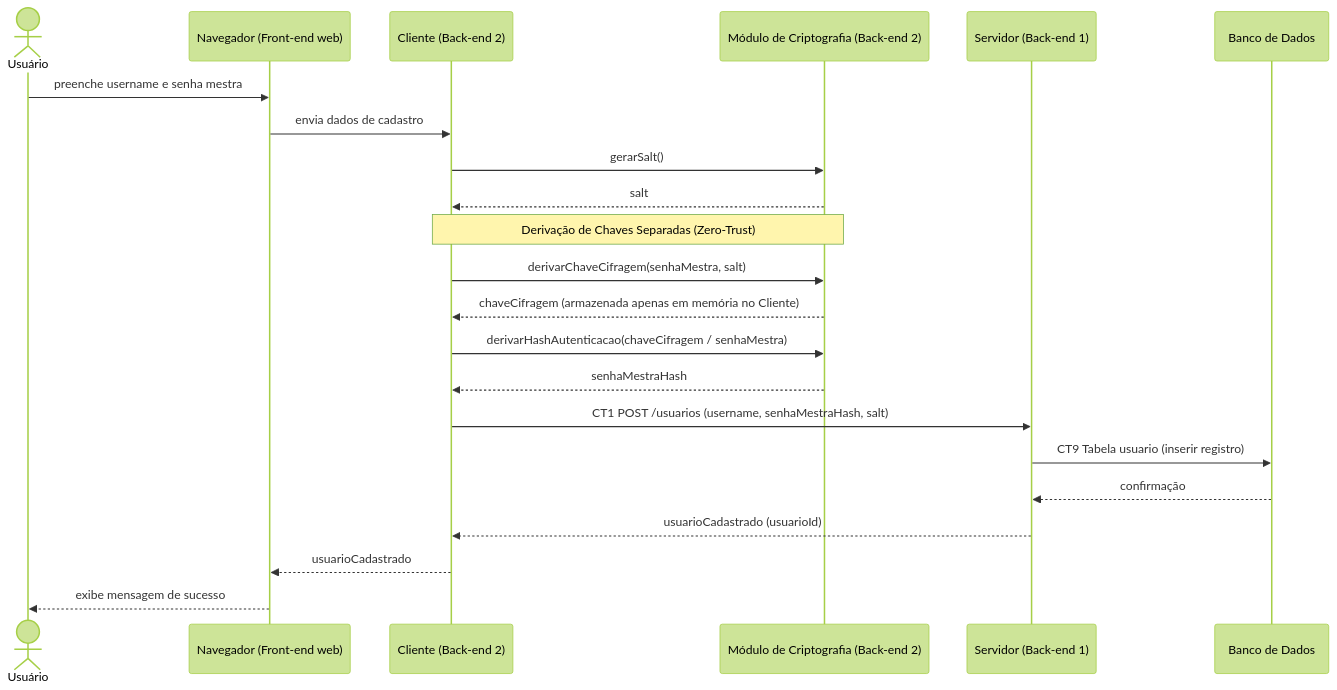
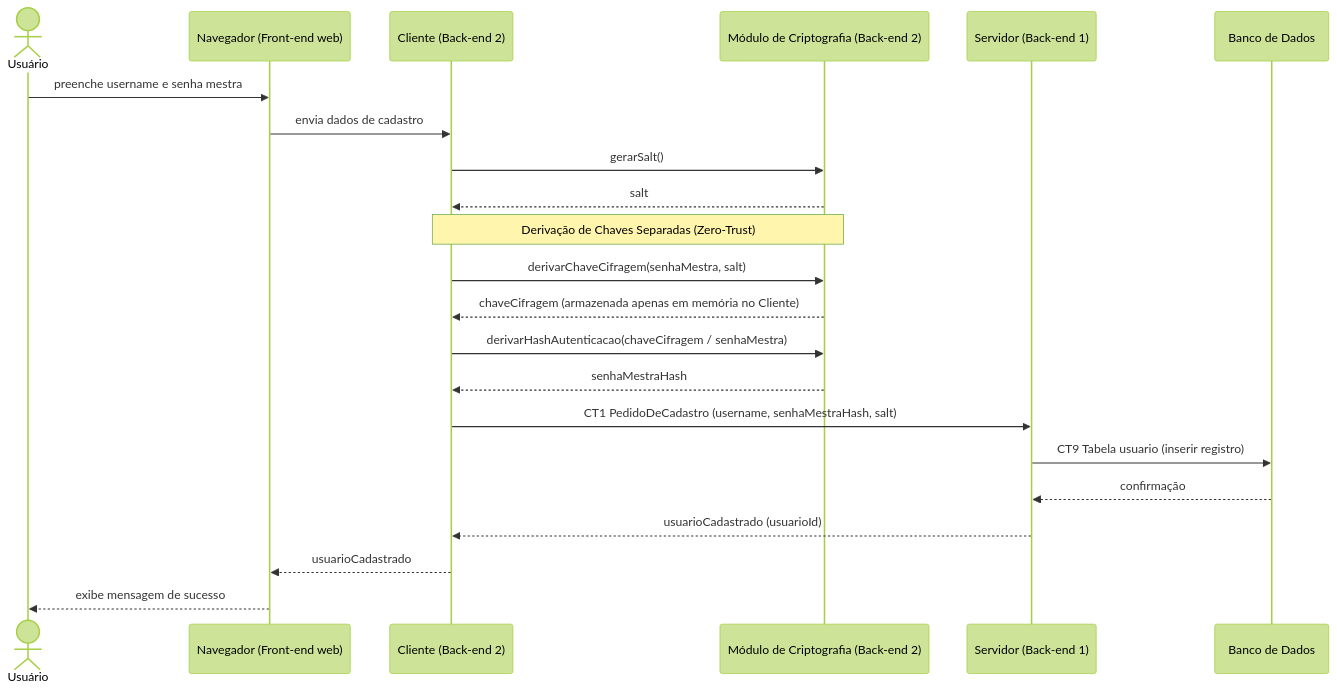
One commit to egili/pi4-0101-g6-frontend changed the diagram in docs/fluxos/E2-cadastro-usuario.md. Above: the diagram before and after it, drawn with Mermaid (forest theme). The commit also changed other lines of this file and 8 other files, not shown here.

````diff
--- a/docs/fluxos/E2-cadastro-usuario.md
+++ b/docs/fluxos/E2-cadastro-usuario.md
@@ -20,25 +20,25 @@
 ```mermaid
 sequenceDiagram
     actor U as Usuário
     participant N as Navegador (Front-end web)
     participant C as Cliente (Back-end 2)
     participant CM as Módulo de Criptografia (Back-end 2)
     participant S as Servidor (Back-end 1)
     participant DB as Banco de Dados
 
     U->>N: preenche username e senha mestra
     N->>C: envia dados de cadastro
     C->>CM: gerarSalt()
     CM-->>C: salt
     Note over C,CM: Derivação de Chaves Separadas (Zero-Trust)
     C->>CM: derivarChaveCifragem(senhaMestra, salt)
     CM-->>C: chaveCifragem (armazenada apenas em memória no Cliente)
     C->>CM: derivarHashAutenticacao(chaveCifragem / senhaMestra)
     CM-->>C: senhaMestraHash
-    C->>S: CT1 POST /usuarios (username, senhaMestraHash, salt)
+    C->>S: CT1 PedidoDeCadastro (username, senhaMestraHash, salt)
     S->>DB: CT9 Tabela usuario (inserir registro)
     DB-->>S: confirmação
     S-->>C: usuarioCadastrado (usuarioId)
     C-->>N: usuarioCadastrado
     N-->>U: exibe mensagem de sucesso
 ```
````
